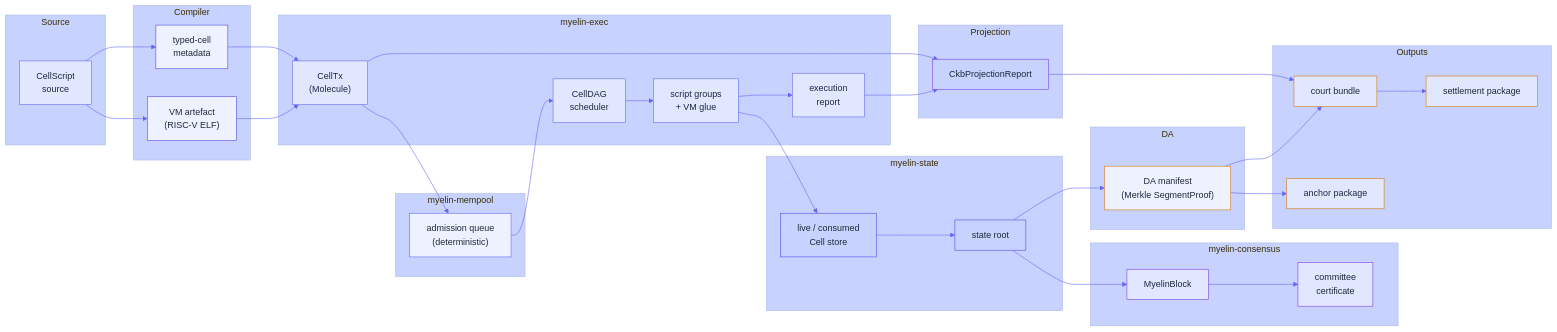
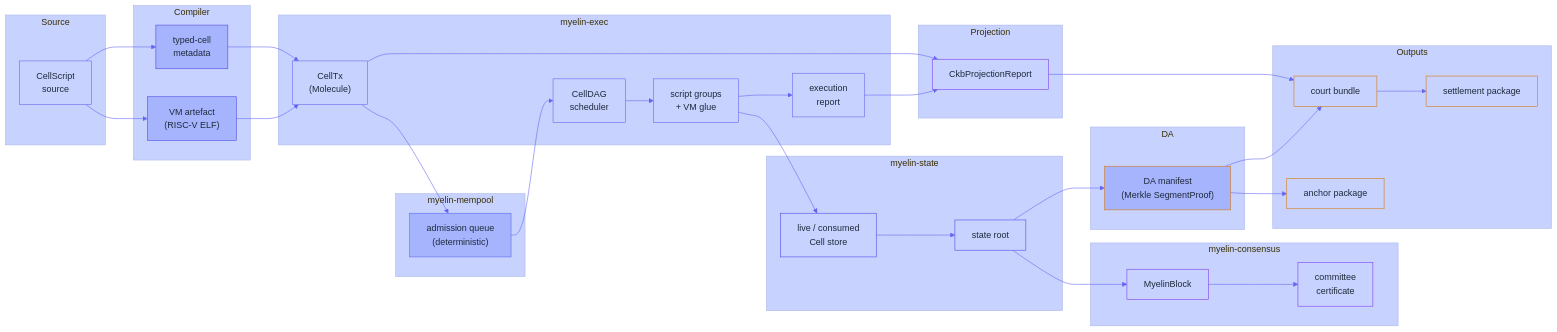
The first of 2 diagrams in docs/architecture/overview.md (Myelin-Labs/Myelin), drawn with Mermaid before and after one commit. The commit also changed other lines of this file and 31 other files, not shown here.

````diff
--- a/docs/architecture/overview.md
+++ b/docs/architecture/overview.md
@@ -10,80 +10,80 @@
 ```mermaid
 %%{init: {
   "theme": "base",
   "themeVariables": {
-    "primaryColor": "#EEF2FF",
+    "primaryColor": "#A5B4FC",
     "primaryTextColor": "#1E293B",
     "primaryBorderColor": "#4F46E5",
     "lineColor": "#6366F1",
-    "secondaryColor": "#E0E7FF",
+    "secondaryColor": "#C7D2FE",
     "tertiaryColor": "#C7D2FE",
     "fontFamily": "Inter, system-ui, sans-serif"
   }
 }}%%
 flowchart LR
     subgraph SRC["Source"]
         A["CellScript<br/>source"]:::src
     end
     subgraph COMP["Compiler"]
         B["typed-cell<br/>metadata"]:::comp
         C["VM artefact<br/>(RISC-V ELF)"]:::comp
     end
     subgraph EXEC["myelin-exec"]
         D["CellTx<br/>(Molecule)"]:::exec
         E["CellDAG<br/>scheduler"]:::exec
         F["script groups<br/>+ VM glue"]:::exec
         G["execution<br/>report"]:::exec
     end
     subgraph STATE["myelin-state"]
         H["live / consumed<br/>Cell store"]:::state
         I["state root"]:::state
     end
     subgraph POOL["myelin-mempool"]
         J["admission queue<br/>(deterministic)"]:::pool
     end
     subgraph CONS["myelin-consensus"]
         K["committee<br/>certificate"]:::cons
         L["MyelinBlock"]:::cons
     end
     subgraph PROJ["Projection"]
         M["CkbProjectionReport"]:::proj
     end
     subgraph DA["DA"]
         N["DA manifest<br/>(Merkle SegmentProof)"]:::da
     end
     subgraph OUT["Outputs"]
         O["court bundle"]:::out
         P["settlement package"]:::out
         Q["anchor package"]:::out
     end
 
     A --> B
     A --> C
     B --> D
     C --> D
     D --> J
     J --> E
     E --> F
     F --> G
     F --> H
     H --> I
     I --> L
     D --> M
     G --> M
     I --> N
     L --> K
     M --> O
     N --> O
     N --> Q
     O --> P
 
-    classDef src  fill:#E0E7FF,stroke:#6366F1,color:#1E293B;
-    classDef comp fill:#EEF2FF,stroke:#4F46E5,color:#1E293B;
-    classDef exec fill:#E0E7FF,stroke:#6366F1,color:#1E293B;
+    classDef src  fill:#C7D2FE,stroke:#6366F1,color:#1E293B;
+    classDef comp fill:#A5B4FC,stroke:#4F46E5,color:#1E293B;
+    classDef exec fill:#C7D2FE,stroke:#6366F1,color:#1E293B;
     classDef state fill:#C7D2FE,stroke:#4F46E5,color:#1E293B;
-    classDef pool fill:#EEF2FF,stroke:#6366F1,color:#1E293B;
-    classDef cons fill:#E0E7FF,stroke:#7C3AED,color:#1E293B;
+    classDef pool fill:#A5B4FC,stroke:#6366F1,color:#1E293B;
+    classDef cons fill:#C7D2FE,stroke:#7C3AED,color:#1E293B;
     classDef proj fill:#C7D2FE,stroke:#7C3AED,color:#1E293B;
-    classDef da   fill:#EEF2FF,stroke:#D97706,color:#1E293B;
-    classDef out  fill:#E0E7FF,stroke:#D97706,color:#1E293B;
+    classDef da   fill:#A5B4FC,stroke:#D97706,color:#1E293B;
+    classDef out  fill:#C7D2FE,stroke:#D97706,color:#1E293B;
 ```
````
